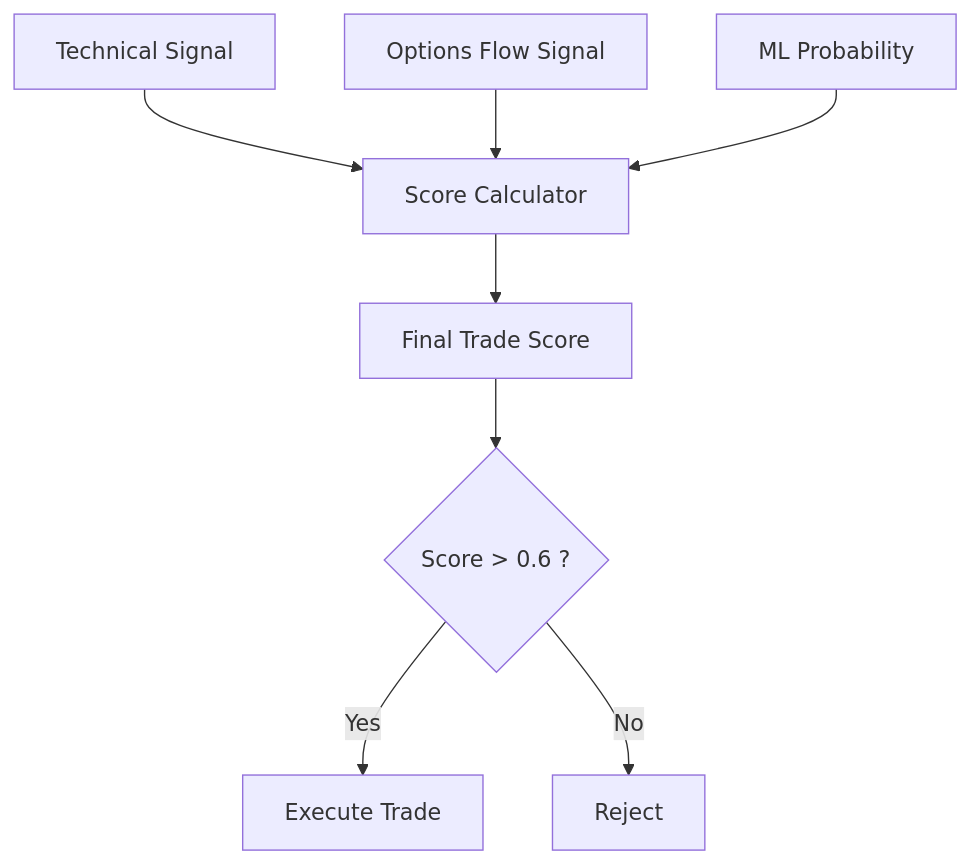
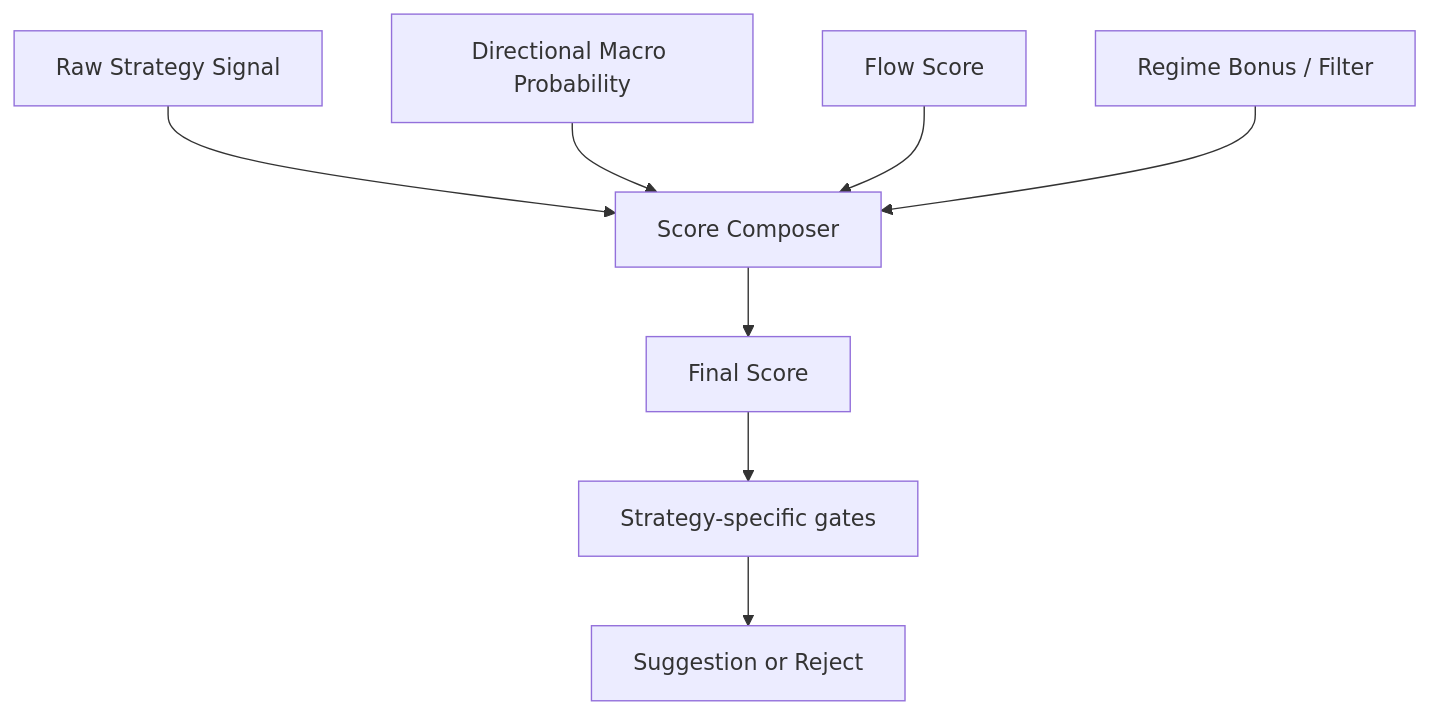
The seventh of 12 diagrams in docs/Flow diagrams and designs.md (aaryansinha16/AI-trader), drawn with Mermaid before and after one commit. The commit also changed other lines of this file, not shown here.

Commit message:
update: flow diagrams of current system

````diff
--- a/docs/Flow diagrams and designs.md
+++ b/docs/Flow diagrams and designs.md
@@ -180,17 +224,12 @@
 ```mermaid
 flowchart TD
 
-A[Technical Signal] --> D[Score Calculator]
+A["Raw Strategy Signal"] --> E["Score Composer"]
+B["Directional Macro Probability"] --> E
+C["Flow Score"] --> E
+D["Regime Bonus / Filter"] --> E
 
-B[Options Flow Signal] --> D
-
-C[ML Probability] --> D
-
-D --> E[Final Trade Score]
-
-E --> F{Score > 0.6 ?}
-
-F -->|Yes| G[Execute Trade]
-
-F -->|No| H[Reject]
+E --> F["Final Score"]
+F --> G["Strategy-specific gates"]
+G --> H["Suggestion or Reject"]
 ```
````
